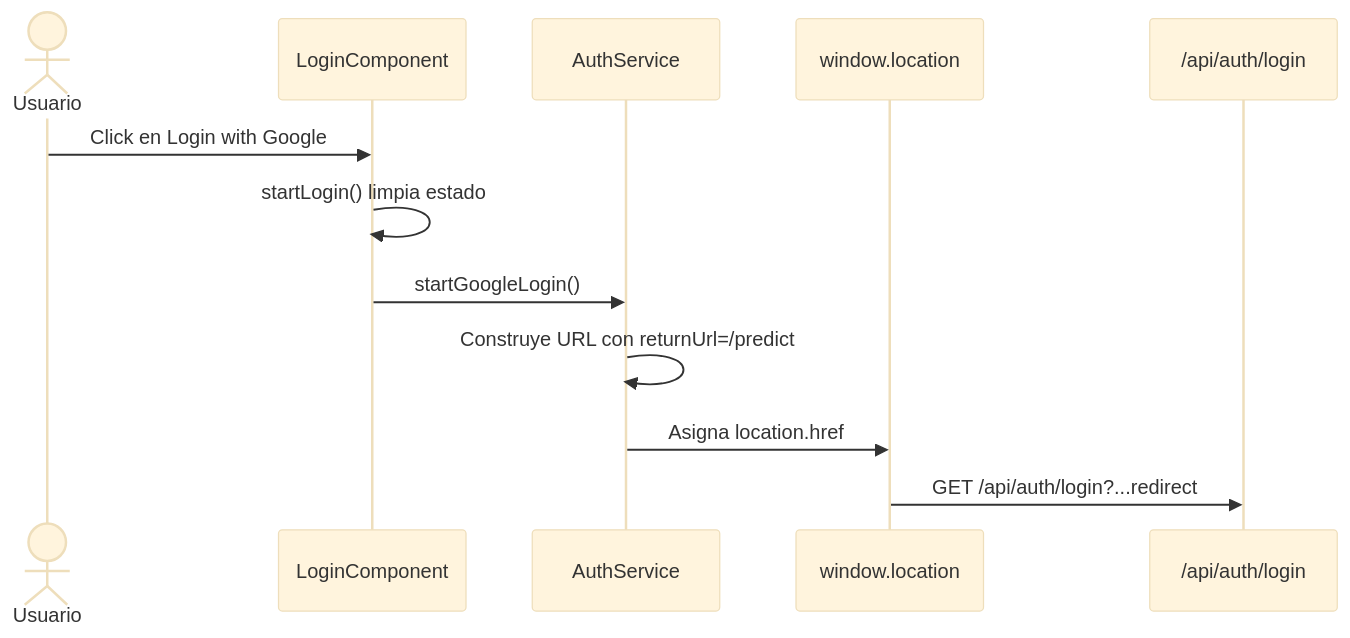
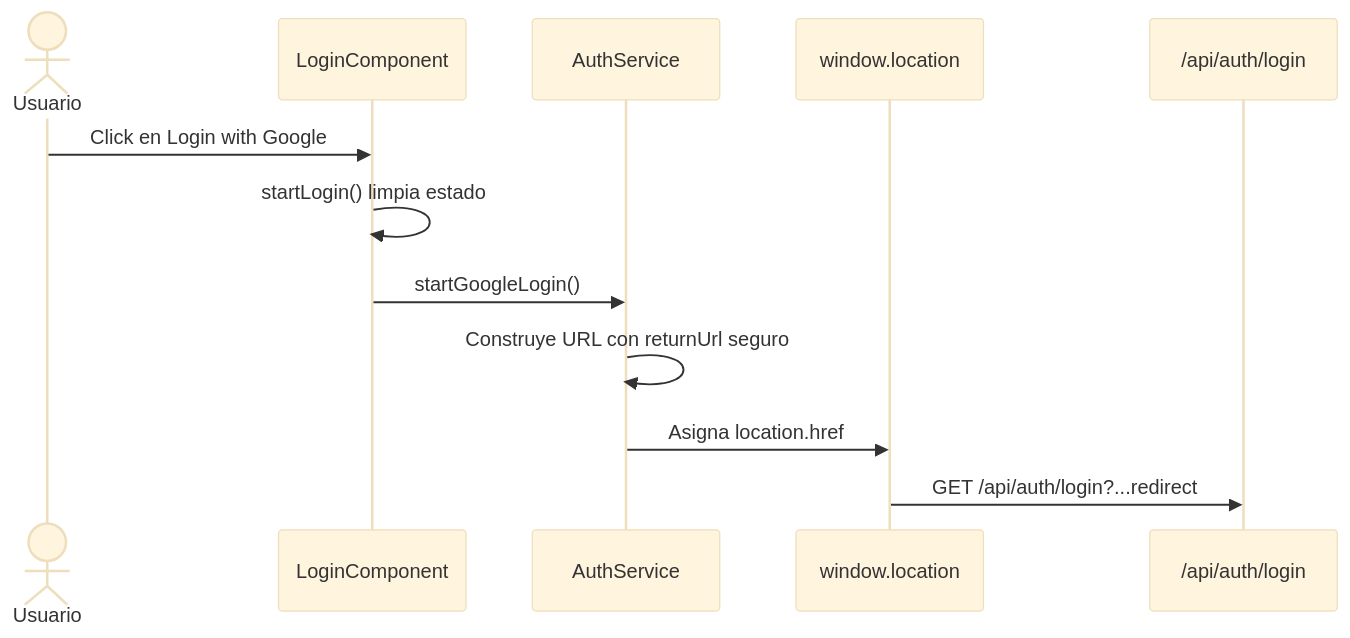
Before and after one commit to augmentdevon-febe/frontend: the second of 9 diagrams in fifa-world-cup-predictor/ARCHITECTURAL_ANALYSIS.md, drawn with Mermaid (base theme). The commit also changed other lines of this file and 22 other files, not shown here.

````diff
--- a/fifa-world-cup-predictor/ARCHITECTURAL_ANALYSIS.md
+++ b/fifa-world-cup-predictor/ARCHITECTURAL_ANALYSIS.md
@@ -127,15 +139,15 @@
 ```mermaid
 sequenceDiagram
 	actor Usuario
 	participant Login as LoginComponent
 	participant Auth as AuthService
 	participant Browser as window.location
 	participant Backend as /api/auth/login
 
 	Usuario->>Login: Click en Login with Google
 	Login->>Login: startLogin() limpia estado
 	Login->>Auth: startGoogleLogin()
-	Auth->>Auth: Construye URL con returnUrl=/predict
+	Auth->>Auth: Construye URL con returnUrl seguro
 	Auth->>Browser: Asigna location.href
 	Browser->>Backend: GET /api/auth/login?...redirect
 ```
````
